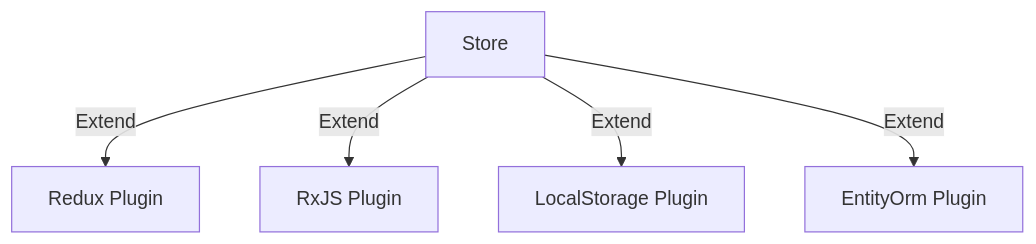
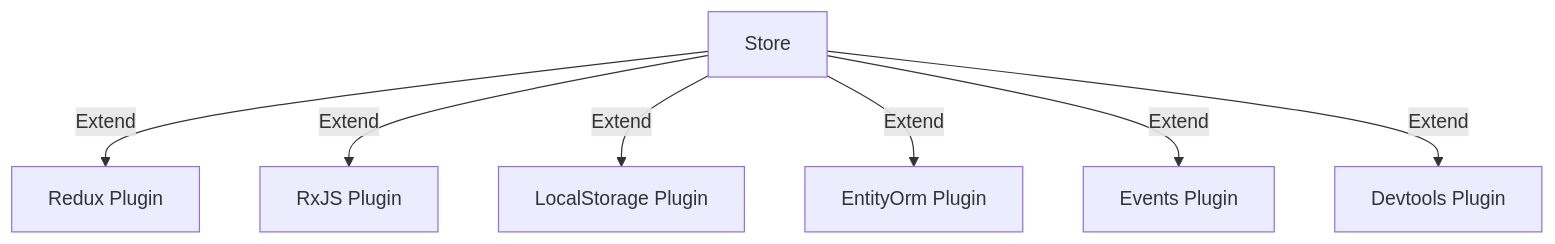
One commit to riccardoperra/statebuilder changed the diagram in README.md. Above: the diagram before and after it, drawn with Mermaid.

````diff
--- a/README.md
+++ b/README.md
@@ -54,8 +54,10 @@
 ```mermaid
 graph TD
     A[Store]
     A -->|Extend| B[Redux Plugin]
     A -->|Extend| C[RxJS Plugin]
     A -->|Extend| D[LocalStorage Plugin]
     A -->|Extend| E[EntityOrm Plugin]
+    A -->|Extend| F[Events Plugin]
+    A -->|Extend| G[Devtools Plugin]
 ```
````
